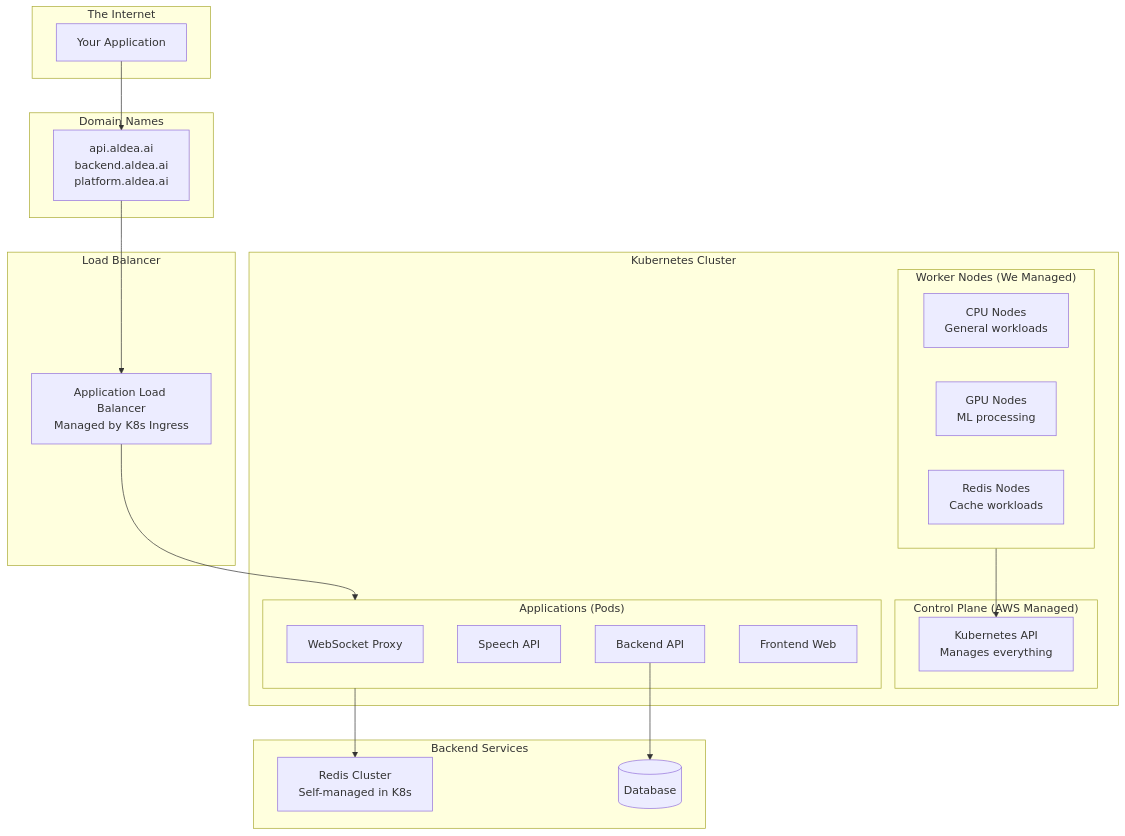
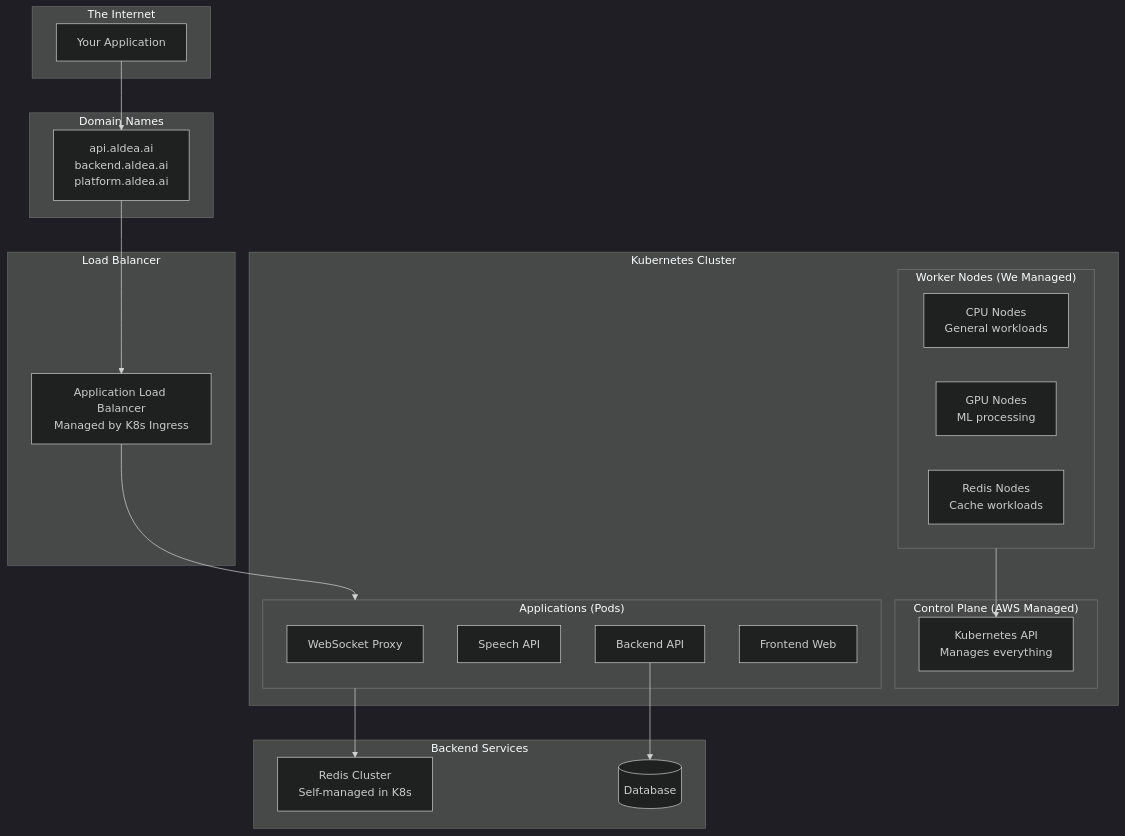
Before and after one commit to aldea-ai/infrastructure-docs: the second of 8 diagrams in diagrams/eks-architecture.md, drawn with Mermaid. The commit also changed other lines of this file and 2 other files, not shown here.

Commit message:
Add dark theme to all Mermaid diagrams for better visibility in dark mode

````diff
--- a/diagrams/eks-architecture.md
+++ b/diagrams/eks-architecture.md
@@ -39,43 +40,44 @@
 ```mermaid
+%%{init: {'theme': 'dark'}}%%
 flowchart TB
     subgraph Internet["The Internet"]
         USER[Your Application]
     end
 
     subgraph DNS["Domain Names"]
         DOMAINS[api.aldea.ai<br/>backend.aldea.ai<br/>platform.aldea.ai]
     end
 
     subgraph LB["Load Balancer"]
         ALB[Application Load Balancer<br/>Managed by K8s Ingress]
     end
 
     subgraph EKS["Kubernetes Cluster"]
         subgraph CP["Control Plane (AWS Managed)"]
             API[Kubernetes API<br/>Manages everything]
         end
 
         subgraph Workers["Worker Nodes (We Managed)"]
             CPU[CPU Nodes<br/>General workloads]
             GPU[GPU Nodes<br/>ML processing]
             RNODE[Redis Nodes<br/>Cache workloads]
         end
 
         subgraph Apps["Applications (Pods)"]
             WS[WebSocket Proxy]
             STT[Speech API]
             BE[Backend API]
             FE[Frontend Web]
         end
     end
 
     subgraph Backend["Backend Services"]
         REDIS[Redis Cluster<br/>Self-managed in K8s]
         DB[(Database)]
     end
 
     USER --> DOMAINS --> ALB --> Apps
     Apps --> REDIS
     BE --> DB
     Workers --> API
 ```
````
